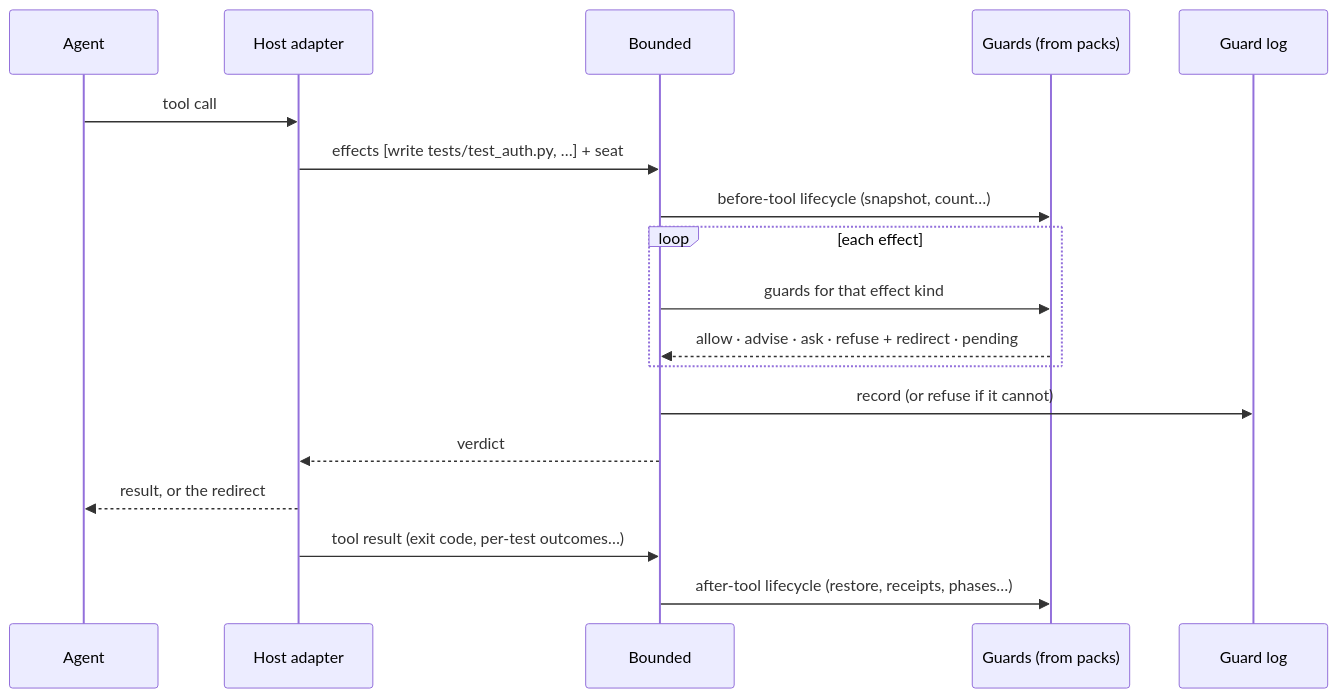
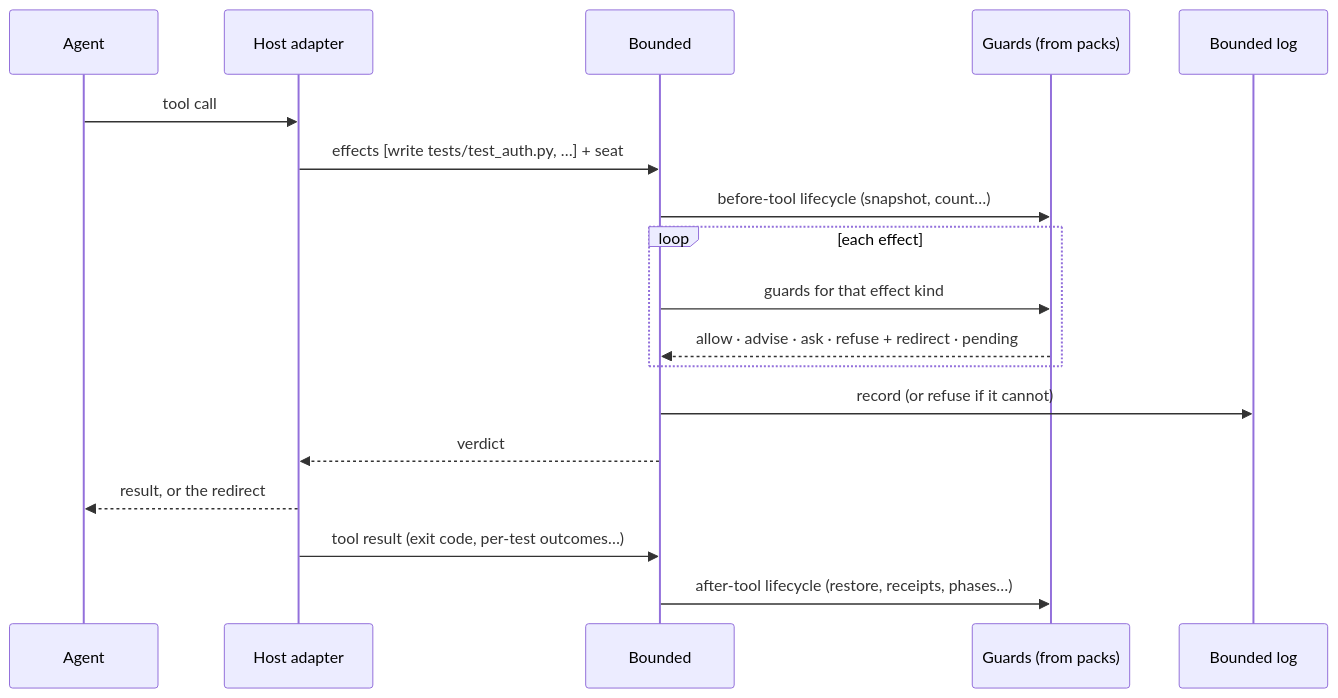
One commit to bounded-dev/bounded changed the diagram in docs/vision.md. Above: the diagram before and after it, drawn with Mermaid. The commit also changed other lines of this file and 16 other files, not shown here.

First line of the commit message:
Document the Bounded log and record the rename in ADR 2026-022

````diff
--- a/docs/vision.md
+++ b/docs/vision.md
@@ -172,20 +172,20 @@
 ```mermaid
 sequenceDiagram
     participant A as Agent
     participant H as Host adapter
     participant J as Bounded
     participant G as Guards (from packs)
-    participant L as Guard log
+    participant L as Bounded log
     A->>H: tool call
     H->>J: effects [write tests/test_auth.py, …] + seat
     J->>G: before-tool lifecycle (snapshot, count…)
     loop each effect
         J->>G: guards for that effect kind
         G-->>J: allow · advise · ask · refuse + redirect · pending
     end
     J->>L: record (or refuse if it cannot)
     J-->>H: verdict
     H-->>A: result, or the redirect
     H->>J: tool result (exit code, per-test outcomes…)
     J->>G: after-tool lifecycle (restore, receipts, phases…)
 ```
````
